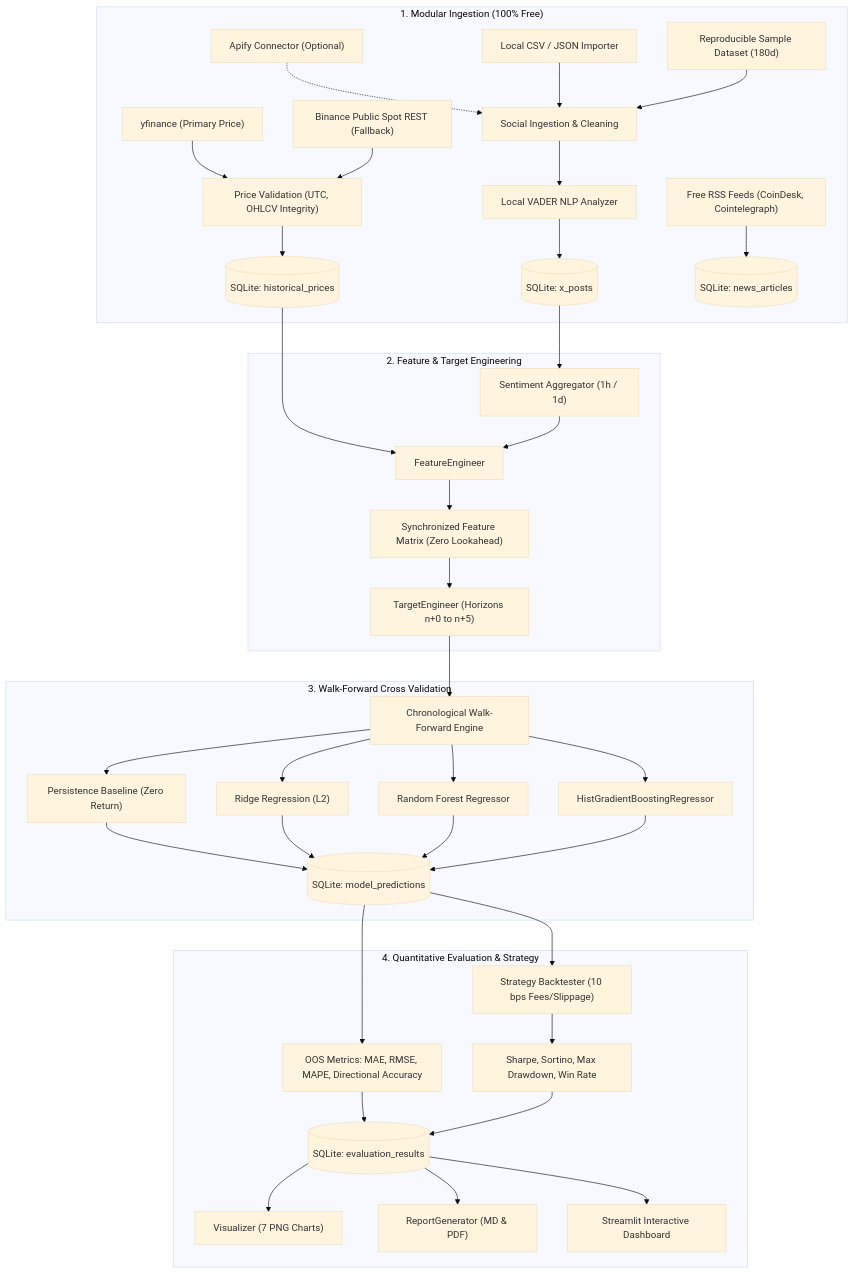
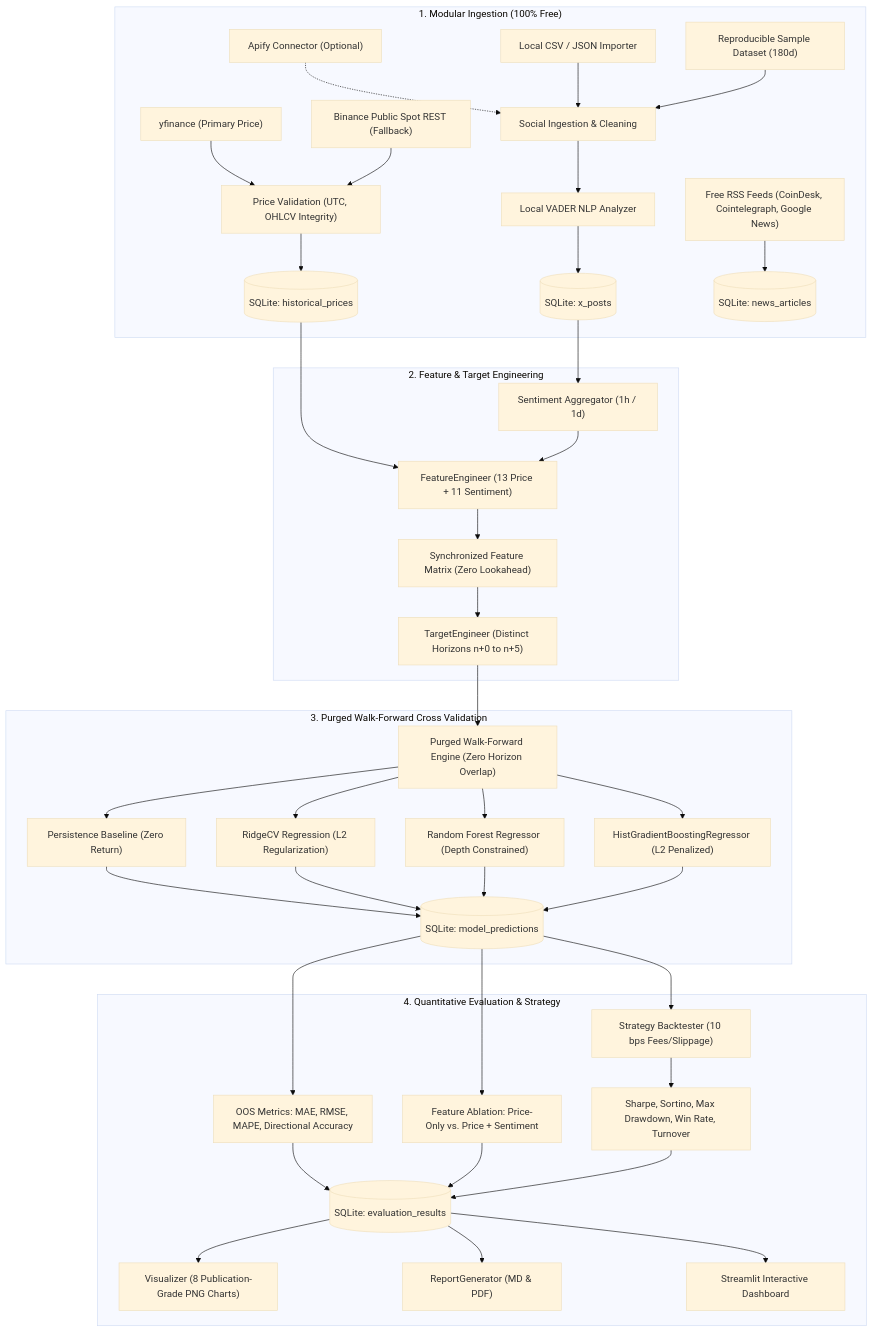
Before and after one commit to HarshitSharma-Tech/sentiment_analysis: the diagram in README.md, drawn with Mermaid (base theme). The commit also changed other lines of this file and 24 other files, not shown here.

Commit message:
feat: quantitative audit fixes, purged walk-forward validation, feature ablation, and optimization report

````diff
--- a/README.md
+++ b/README.md
@@ -28,43 +28,44 @@
 ```mermaid
 flowchart TD
     subgraph Ingestion ["1. Modular Ingestion (100% Free)"]
         YF["yfinance (Primary Price)"] --> P_VAL["Price Validation (UTC, OHLCV Integrity)"]
         BIN["Binance Public Spot REST (Fallback)"] --> P_VAL
         P_VAL --> DB_P[(SQLite: historical_prices)]
 
         APIFY["Apify Connector (Optional)"] -.-> X_VAL["Social Ingestion & Cleaning"]
         CSV_X["Local CSV / JSON Importer"] --> X_VAL
         SAMPLE_X["Reproducible Sample Dataset (180d)"] --> X_VAL
         X_VAL --> VADER["Local VADER NLP Analyzer"]
         VADER --> DB_X[(SQLite: x_posts)]
 
-        RSS["Free RSS Feeds (CoinDesk, Cointelegraph)"] --> DB_N[(SQLite: news_articles)]
+        RSS["Free RSS Feeds (CoinDesk, Cointelegraph, Google News)"] --> DB_N[(SQLite: news_articles)]
     end
 
     subgraph FeatureEngineering ["2. Feature & Target Engineering"]
-        DB_P --> FE["FeatureEngineer"]
+        DB_P --> FE["FeatureEngineer (13 Price + 11 Sentiment)"]
         DB_X --> AGG["Sentiment Aggregator (1h / 1d)"]
         AGG --> FE
         FE --> MERGE["Synchronized Feature Matrix (Zero Lookahead)"]
-        MERGE --> TE["TargetEngineer (Horizons n+0 to n+5)"]
+        MERGE --> TE["TargetEngineer (Distinct Horizons n+0 to n+5)"]
     end
 
-    subgraph Modeling ["3. Walk-Forward Cross Validation"]
-        TE --> WF["Chronological Walk-Forward Engine"]
+    subgraph Modeling ["3. Purged Walk-Forward Cross Validation"]
+        TE --> WF["Purged Walk-Forward Engine (Zero Horizon Overlap)"]
         WF --> M1["Persistence Baseline (Zero Return)"]
-        WF --> M2["Ridge Regression (L2)"]
-        WF --> M3["Random Forest Regressor"]
-        WF --> M4["HistGradientBoostingRegressor"]
+        WF --> M2["RidgeCV Regression (L2 Regularization)"]
+        WF --> M3["Random Forest Regressor (Depth Constrained)"]
+        WF --> M4["HistGradientBoostingRegressor (L2 Penalized)"]
         M1 & M2 & M3 & M4 --> OOS_PRED[(SQLite: model_predictions)]
     end
 
     subgraph Evaluation ["4. Quantitative Evaluation & Strategy"]
         OOS_PRED --> METRICS["OOS Metrics: MAE, RMSE, MAPE, Directional Accuracy"]
+        OOS_PRED --> ABLATION["Feature Ablation: Price-Only vs. Price + Sentiment"]
         OOS_PRED --> BT["Strategy Backtester (10 bps Fees/Slippage)"]
-        BT --> RISK["Sharpe, Sortino, Max Drawdown, Win Rate"]
-        METRICS & RISK --> DB_EVAL[(SQLite: evaluation_results)]
-        DB_EVAL --> VIZ["Visualizer (7 PNG Charts)"]
+        BT --> RISK["Sharpe, Sortino, Max Drawdown, Win Rate, Turnover"]
+        METRICS & ABLATION & RISK --> DB_EVAL[(SQLite: evaluation_results)]
+        DB_EVAL --> VIZ["Visualizer (8 Publication-Grade PNG Charts)"]
         DB_EVAL --> REP["ReportGenerator (MD & PDF)"]
         DB_EVAL --> DASH["Streamlit Interactive Dashboard"]
     end
 ```
````
